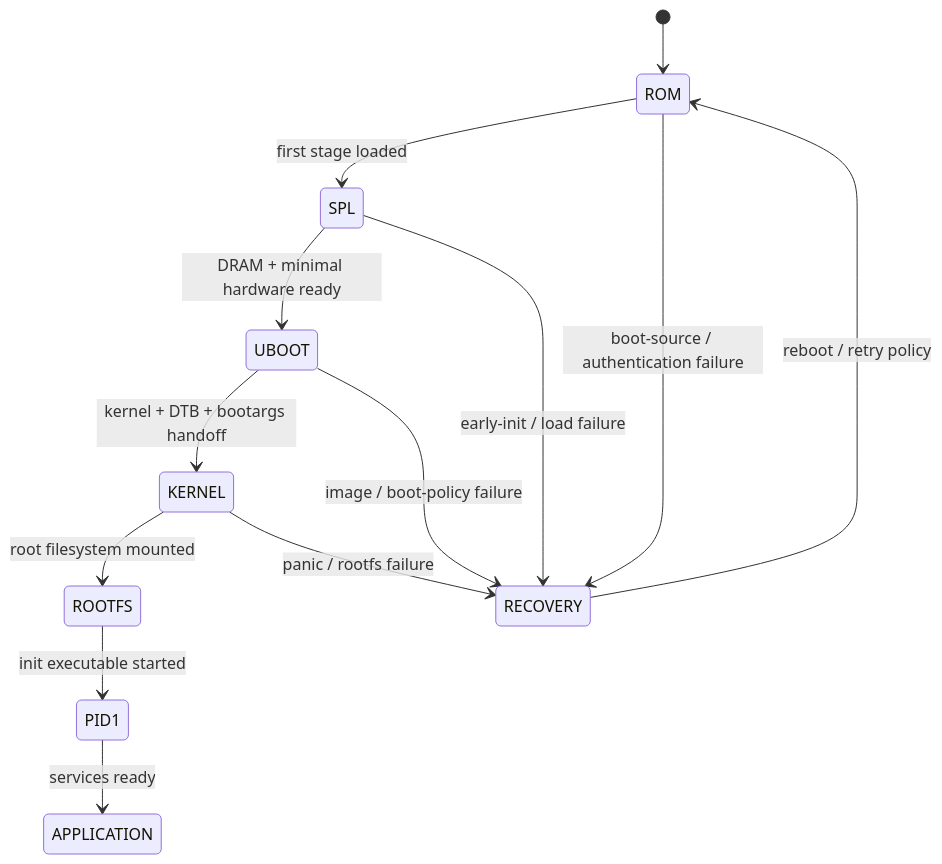
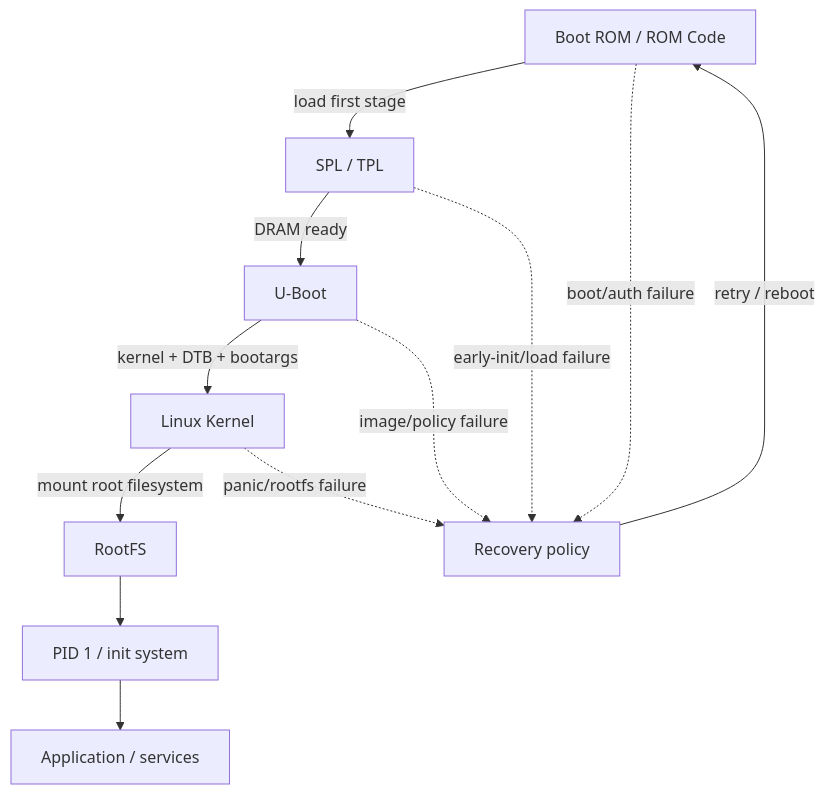
The diagram in 03-linux-basic/README-01-linux-architecture-boot-flow.md (hai-kevins/fpt-bootcamp), drawn with Mermaid before and after one commit. The commit also changed other lines of this file and 17 other files, not shown here.

````diff
--- a/03-linux-basic/README-01-linux-architecture-boot-flow.md
+++ b/03-linux-basic/README-01-linux-architecture-boot-flow.md
@@ -174,16 +174,15 @@
 ```mermaid
-stateDiagram-v2
-    [*] --> ROM
-    ROM --> SPL : first stage loaded
-    SPL --> UBOOT : DRAM + minimal hardware ready
-    UBOOT --> KERNEL : kernel + DTB + bootargs handoff
-    KERNEL --> ROOTFS : root filesystem mounted
-    ROOTFS --> PID1 : init executable started
-    PID1 --> APPLICATION : services ready
+flowchart TD
+    ROM[Boot ROM / ROM Code] -->|load first stage| SPL[SPL / TPL]
+    SPL -->|DRAM ready| UBOOT[U-Boot]
+    UBOOT -->|kernel + DTB + bootargs| KERNEL[Linux Kernel]
+    KERNEL -->|mount root filesystem| ROOTFS[RootFS]
+    ROOTFS --> PID1[PID 1 / init system]
+    PID1 --> APP[Application / services]
 
-    ROM --> RECOVERY : boot-source / authentication failure
-    SPL --> RECOVERY : early-init / load failure
-    UBOOT --> RECOVERY : image / boot-policy failure
-    KERNEL --> RECOVERY : panic / rootfs failure
-    RECOVERY --> ROM : reboot / retry policy
+    ROM -. boot/auth failure .-> RECOVERY[Recovery policy]
+    SPL -. early-init/load failure .-> RECOVERY
+    UBOOT -. image/policy failure .-> RECOVERY
+    KERNEL -. panic/rootfs failure .-> RECOVERY
+    RECOVERY -->|retry / reboot| ROM
 ```
````
